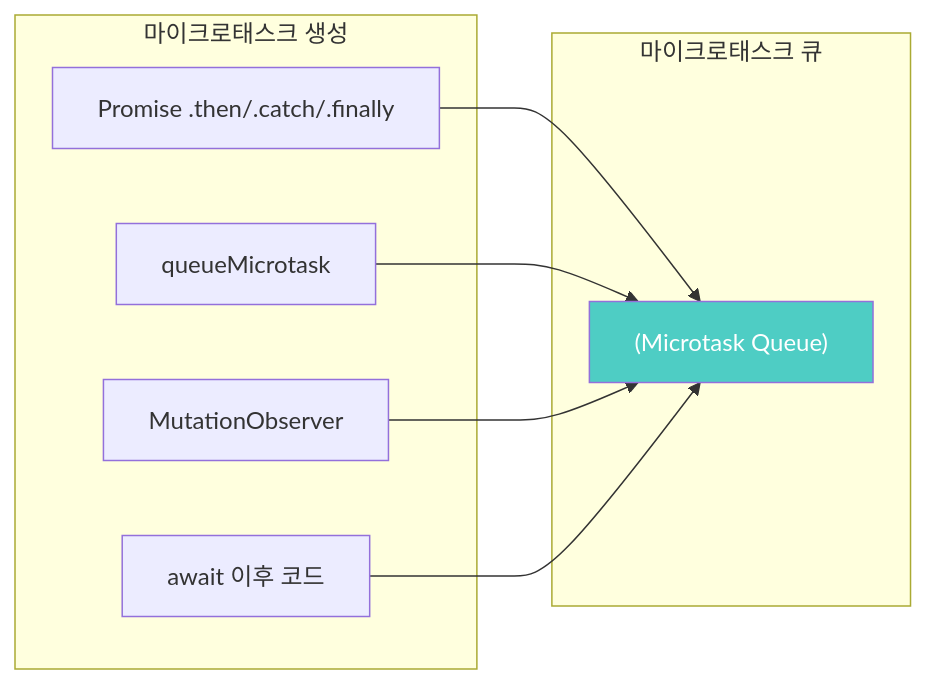
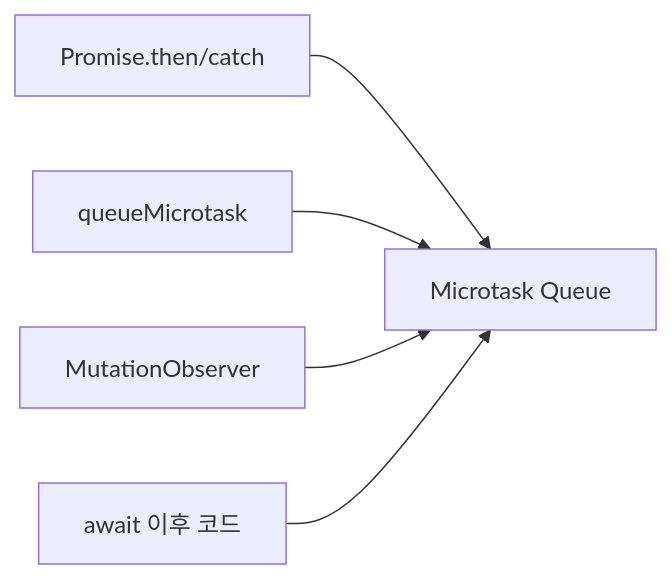
The fourth of 13 diagrams in _posts/frontend/2026-05-02-js-event-loop.md (yjkim2015/yjkim2015.github.io), drawn with Mermaid before and after one commit. The commit also changed other lines of this file and 215 other files, not shown here.

First line of the commit message:
신규 포스트 10개 추가 + Mermaid 전면 축소 + SystemDesign 시리즈 보강

````diff
--- a/_posts/frontend/2026-05-02-js-event-loop.md
+++ b/_posts/frontend/2026-05-02-js-event-loop.md
@@ -169,20 +127,7 @@
 ```mermaid
 graph LR
-    subgraph "마이크로태스크 생성"
-        P["Promise .then/.catch/.finally"]
-        QM[queueMicrotask]
-        MO[MutationObserver]
-        AW["await 이후 코드"]
-    end
-
-    subgraph "마이크로태스크 큐"
-        MQ["(Microtask Queue)"]
-    end
-
-    P --> MQ
-    QM --> MQ
-    MO --> MQ
-    AW --> MQ
-
-    style MQ fill:#4ecdc4,color:#fff
+    P["Promise.then/catch"] --> MQ["Microtask Queue"]
+    QM["queueMicrotask"] --> MQ
+    MO["MutationObserver"] --> MQ
+    AW["await 이후 코드"] --> MQ
 ```
````
